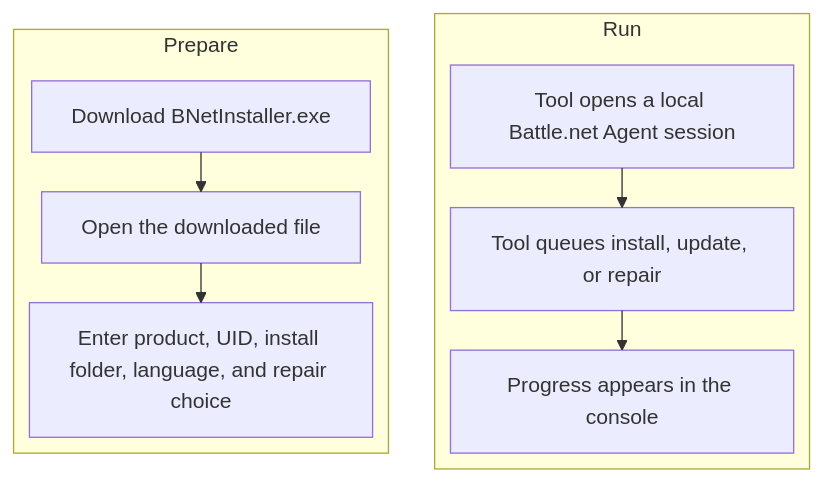
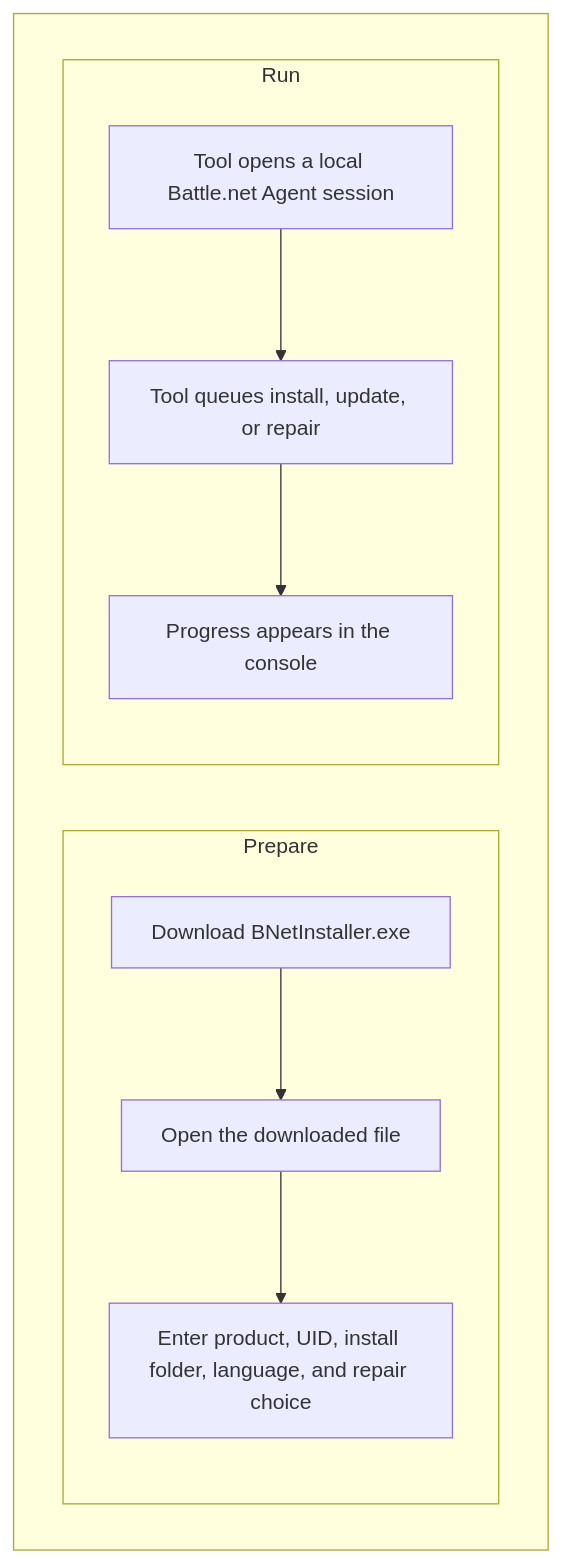
The diagram in README.md (DokPlay/Battle.Net-Installer), drawn with Mermaid before and after one commit. The commit also changed 1 other file, not shown here.

Commit message:
Rework README diagram nesting

````diff
--- a/README.md
+++ b/README.md
@@ -52,23 +52,24 @@
 ```mermaid
-%%{init: {'flowchart': {'defaultRenderer': 'elk'}} }%%
-flowchart LR
-    subgraph LEFT["Prepare"]
-        direction TB
-        A["Download BNetInstaller.exe"]
-        B["Open the downloaded file"]
-        C["Enter product, UID, install folder, language, and repair choice"]
-        A --> B
-        B --> C
+flowchart TB
+    subgraph FLOW[" "]
+        direction LR
+
+        subgraph LEFT["Prepare"]
+            direction TB
+            A["Download BNetInstaller.exe"]
+            B["Open the downloaded file"]
+            C["Enter product, UID, install folder, language, and repair choice"]
+            A --> B
+            B --> C
+        end
+
+        subgraph RIGHT["Run"]
+            direction TB
+            D["Tool opens a local Battle.net Agent session"]
+            E["Tool queues install, update, or repair"]
+            F["Progress appears in the console"]
+            D --> E
+            E --> F
+        end
     end
-
-    subgraph RIGHT["Run"]
-        direction TB
-        D["Tool opens a local Battle.net Agent session"]
-        E["Tool queues install, update, or repair"]
-        F["Progress appears in the console"]
-        D --> E
-        E --> F
-    end
-
-    LEFT ~~~ RIGHT
 ```
````
